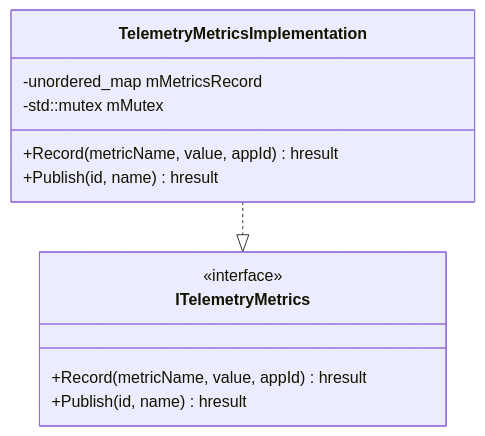
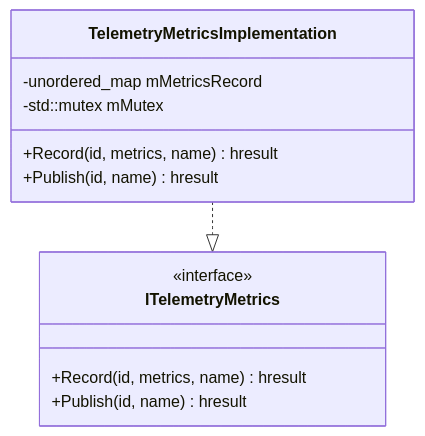
The second of 4 diagrams in TelemetryMetrics/TelemetryMetrics.md (rdkcentral/entservices-appmanagers), drawn with Mermaid before and after one commit. The commit also changed other lines of this file, not shown here.

````diff
--- a/TelemetryMetrics/TelemetryMetrics.md
+++ b/TelemetryMetrics/TelemetryMetrics.md
@@ -65,17 +65,17 @@
 ```mermaid
 classDiagram
     class TelemetryMetricsImplementation {
         -unordered_map<string, Json::Value> mMetricsRecord
         -std::mutex mMutex
-        +Record(metricName, value, appId) hresult
+        +Record(id, metrics, name) hresult
         +Publish(id, name) hresult
     }
 
     class ITelemetryMetrics {
         <<interface>>
-        +Record(metricName, value, appId) hresult
+        +Record(id, metrics, name) hresult
         +Publish(id, name) hresult
     }
 
     TelemetryMetricsImplementation ..|> ITelemetryMetrics
 ```
````
